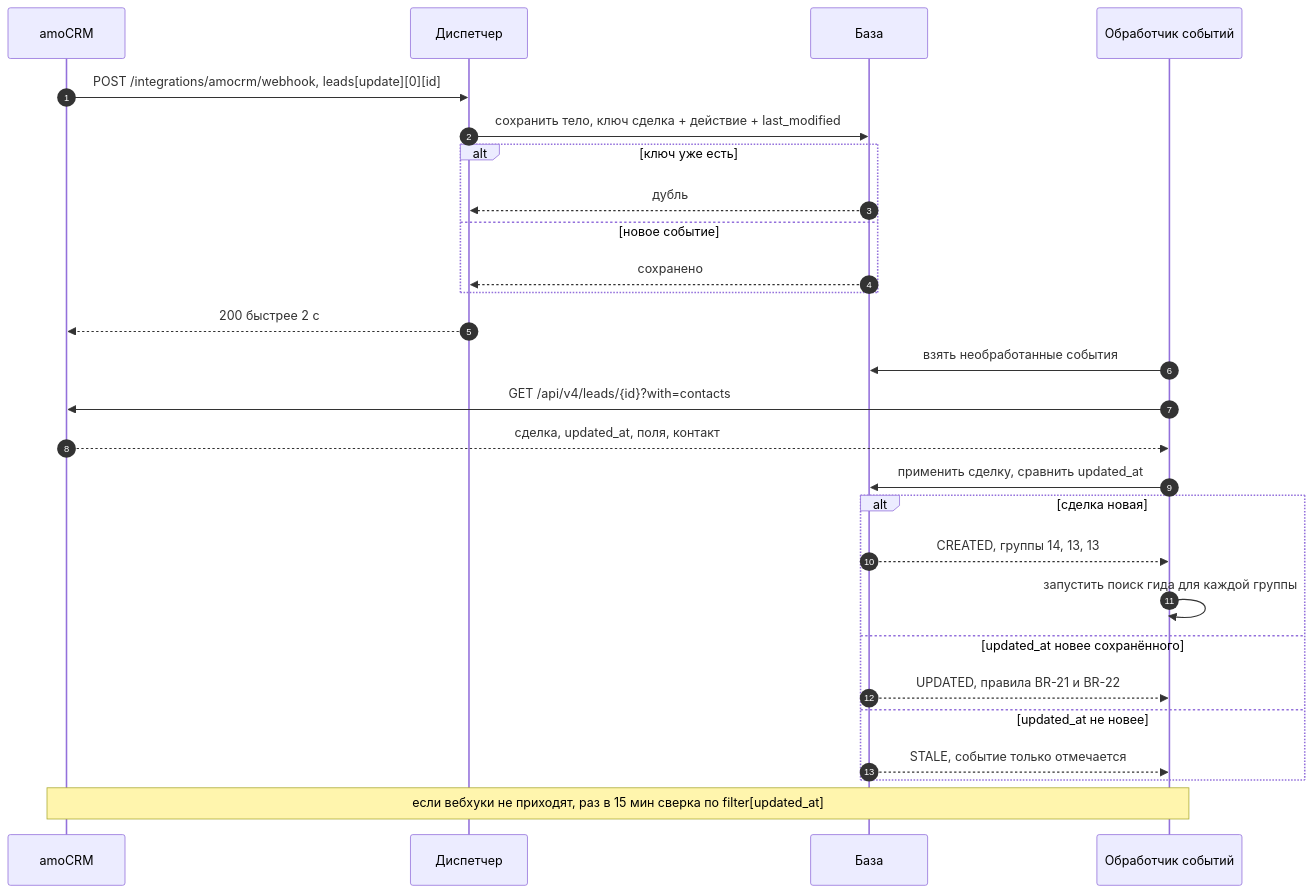
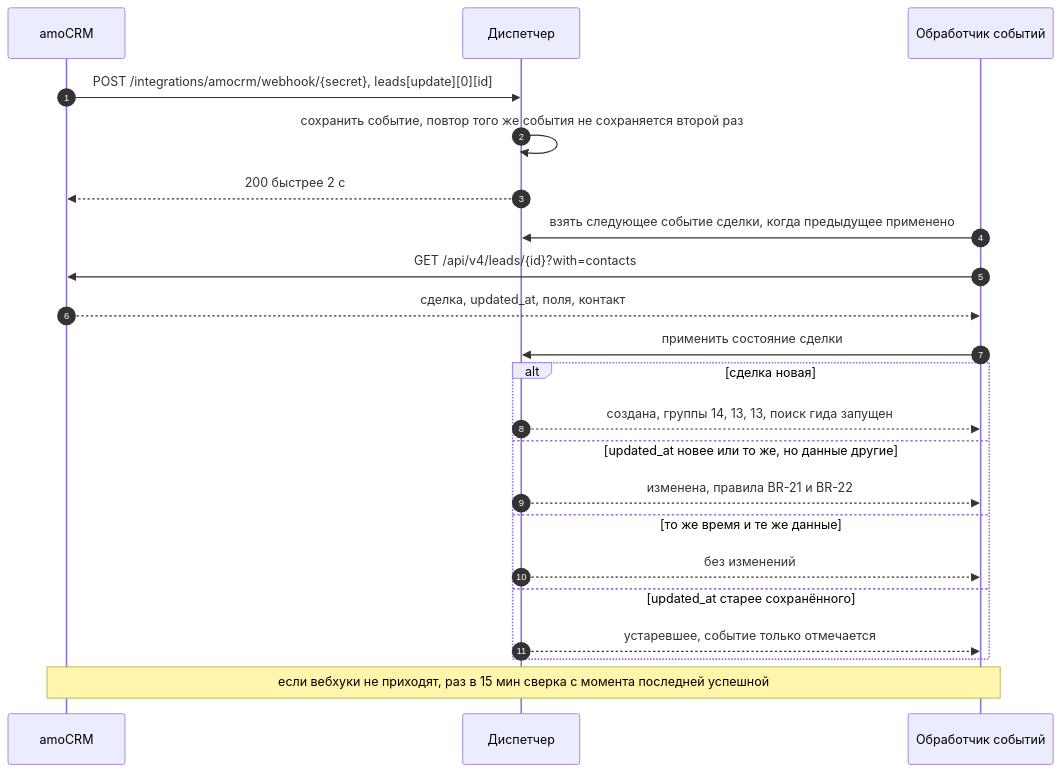
Before and after one commit to KORTEZZ12/excursion-dispatch: the first of 6 diagrams in docs/design/sequences.md, drawn with Mermaid. The commit also changed other lines of this file and 10 other files, not shown here.

Commit message:
Процессы и интеграции v0.4. Замена гида всё назначение, эскалация отписки, сверка amoCRM

````diff
--- a/docs/design/sequences.md
+++ b/docs/design/sequences.md
@@ -17,29 +18,24 @@
 ```mermaid
 sequenceDiagram
   autonumber
   participant CRM as amoCRM
   participant D as Диспетчер
-  participant DB as База
   participant W as Обработчик событий
-  CRM->>D: POST /integrations/amocrm/webhook, leads[update][0][id]
-  D->>DB: сохранить тело, ключ сделка + действие + last_modified
-  alt ключ уже есть
-    DB-->>D: дубль
-  else новое событие
-    DB-->>D: сохранено
-  end
+  CRM->>D: POST /integrations/amocrm/webhook/{secret}, leads[update][0][id]
+  D->>D: сохранить событие, повтор того же события не сохраняется второй раз
   D-->>CRM: 200 быстрее 2 с
-  W->>DB: взять необработанные события
+  W->>D: взять следующее событие сделки, когда предыдущее применено
   W->>CRM: GET /api/v4/leads/{id}?with=contacts
   CRM-->>W: сделка, updated_at, поля, контакт
-  W->>DB: применить сделку, сравнить updated_at
+  W->>D: применить состояние сделки
   alt сделка новая
-    DB-->>W: CREATED, группы 14, 13, 13
-    W->>W: запустить поиск гида для каждой группы
-  else updated_at новее сохранённого
-    DB-->>W: UPDATED, правила BR-21 и BR-22
-  else updated_at не новее
-    DB-->>W: STALE, событие только отмечается
+    D-->>W: создана, группы 14, 13, 13, поиск гида запущен
+  else updated_at новее или то же, но данные другие
+    D-->>W: изменена, правила BR-21 и BR-22
+  else то же время и те же данные
+    D-->>W: без изменений
+  else updated_at старее сохранённого
+    D-->>W: устаревшее, событие только отмечается
   end
-  Note over CRM,W: если вебхуки не приходят, раз в 15 мин сверка по filter[updated_at]
+  Note over CRM,W: если вебхуки не приходят, раз в 15 мин сверка с момента последней успешной
 ```
````
